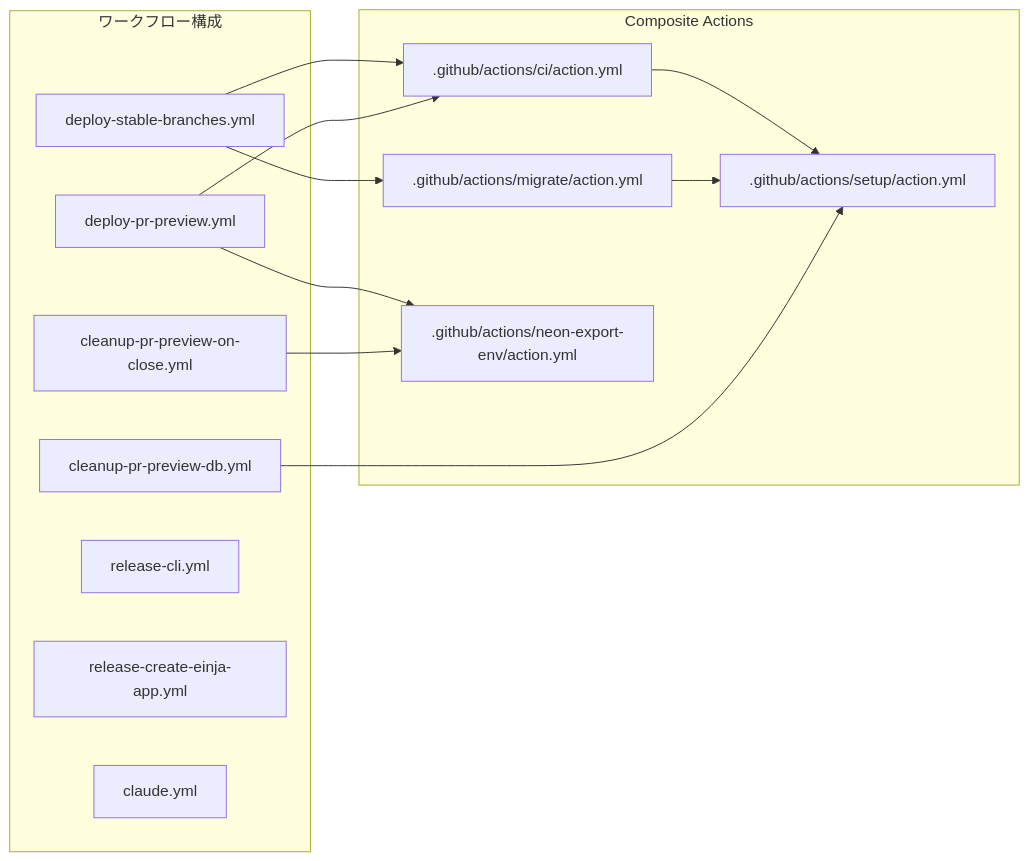
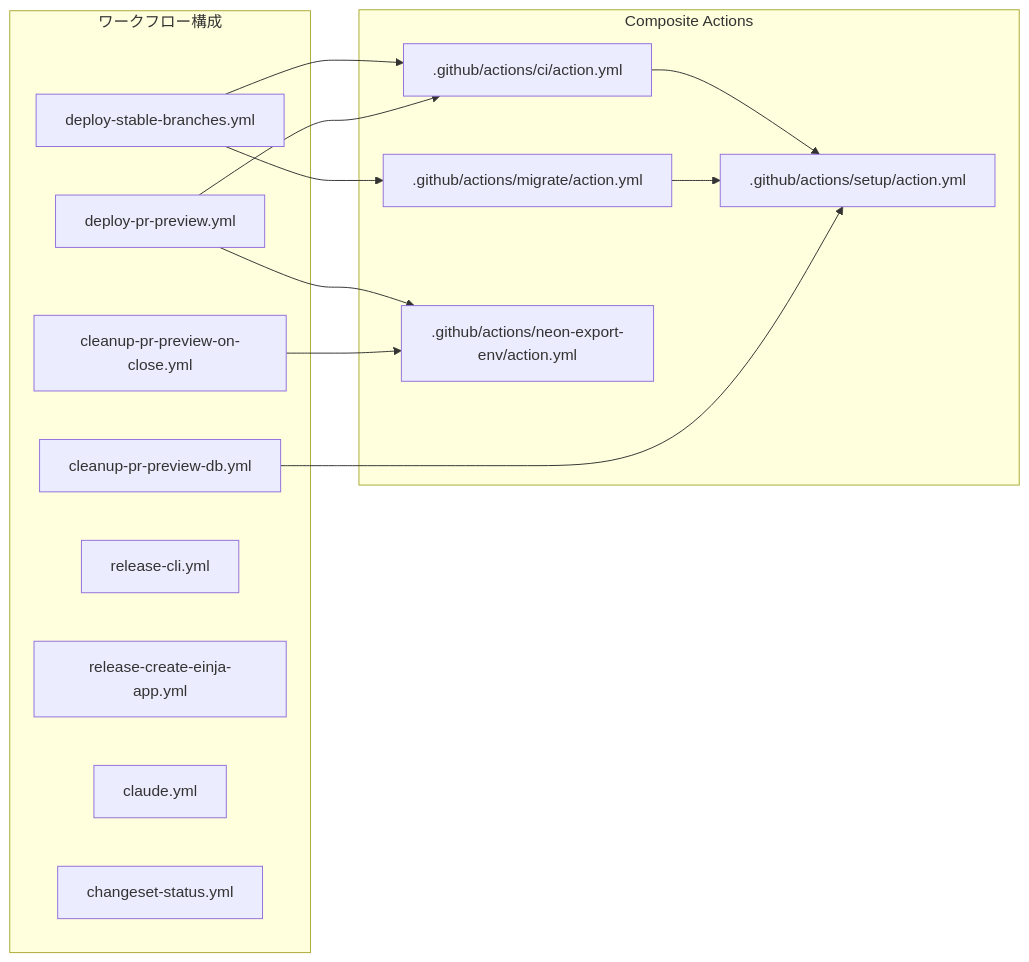
The second of 14 diagrams in docs/einja/steering/infrastructure/deployment.md (einja-inc/einja-management-template), drawn with Mermaid before and after one commit. The commit also changed other lines of this file and 97 other files, not shown here.

````diff
--- a/docs/einja/steering/infrastructure/deployment.md
+++ b/docs/einja/steering/infrastructure/deployment.md
@@ -127,28 +127,29 @@
 ```mermaid
 graph LR
     subgraph "ワークフロー構成"
         DeployStable[deploy-stable-branches.yml]
         DeployPR[deploy-pr-preview.yml]
         CleanupClose[cleanup-pr-preview-on-close.yml]
         Cleanup[cleanup-pr-preview-db.yml]
         ReleaseCLI[release-cli.yml]
         ReleaseApp[release-create-einja-app.yml]
         Claude[claude.yml]
+        ChangesetStatus[changeset-status.yml]
     end
 
     subgraph "Composite Actions"
         SetupAction[.github/actions/setup/action.yml]
         CIAction[.github/actions/ci/action.yml]
         MigrateAction[.github/actions/migrate/action.yml]
         NeonExportEnv[.github/actions/neon-export-env/action.yml]
     end
 
     DeployStable --> CIAction
     DeployStable --> MigrateAction
     DeployPR --> CIAction
     DeployPR --> NeonExportEnv
     CleanupClose --> NeonExportEnv
     CIAction --> SetupAction
     MigrateAction --> SetupAction
     Cleanup --> SetupAction
 ```
````
